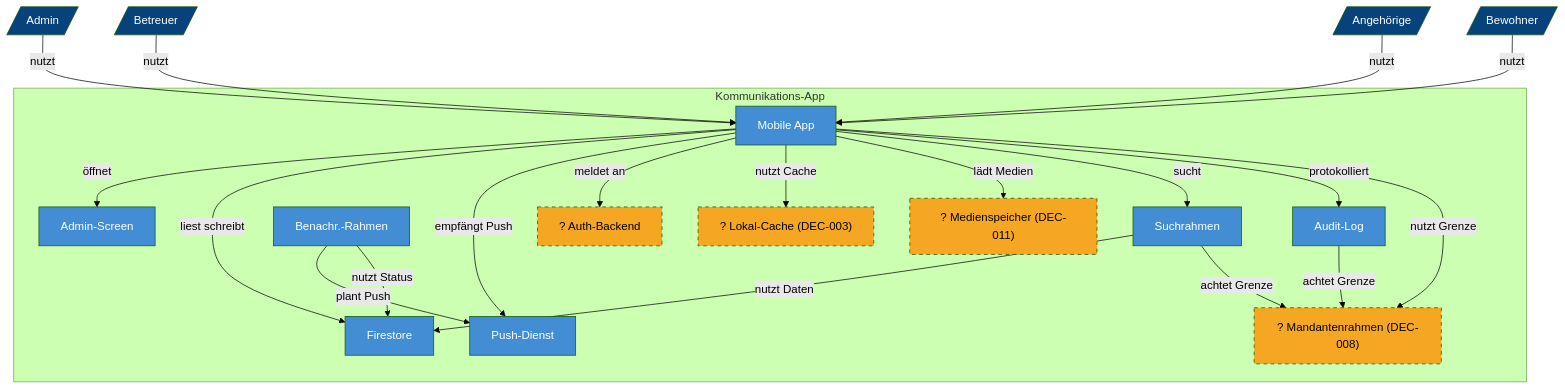
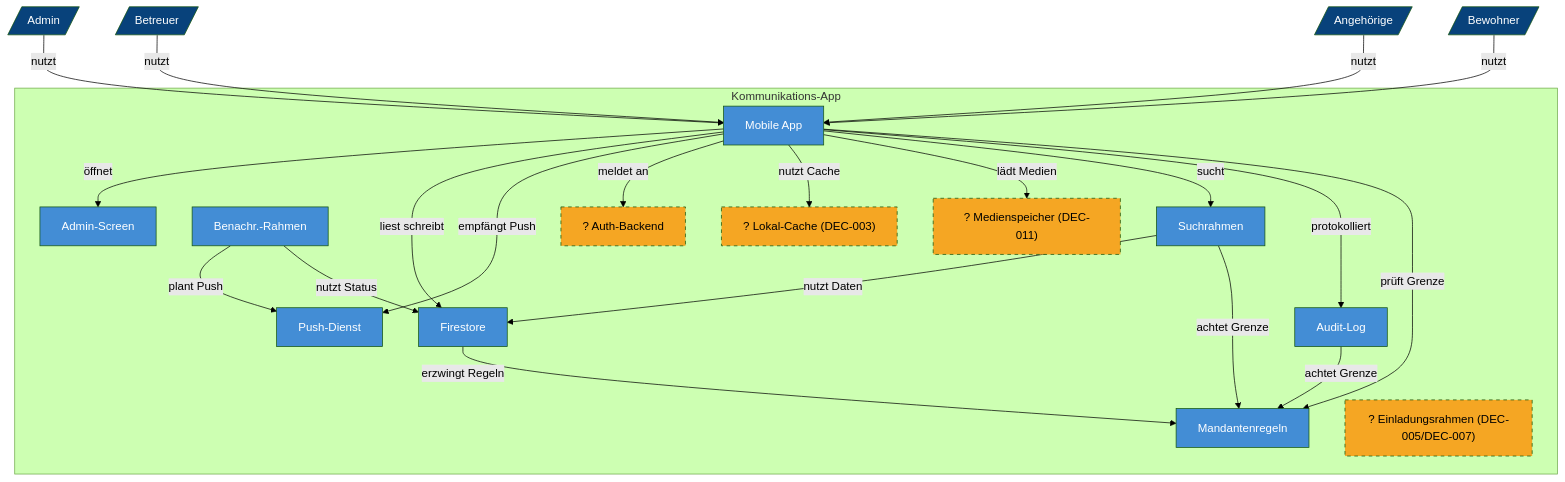
One commit to armiino/Agentic-GitHub-refactor changed the second of 2 diagrams in docs/c4.md. Above: the diagram before and after it, drawn with Mermaid (forest theme). The commit also changed other lines of this file, not shown here.

Commit message:
docs: Projektion docs/c4.md (Plan github-forward-plan-20260822_161625)

````diff
--- a/docs/c4.md
+++ b/docs/c4.md
@@ -47,51 +47,53 @@
 ```mermaid
 flowchart TB
   admin[/"Admin"/]
   user[/"Betreuer"/]
   relative[/"Angehörige"/]
   resident[/"Bewohner"/]
 
   subgraph app["Kommunikations-App"]
     mobileApp["Mobile App"]
     adminScreen["Admin-Screen"]
     auditLog["Audit-Log"]
     serverNotification["Benachr.-Rahmen"]
     searchFrame["Suchrahmen"]
     firestore["Firestore"]
     pushService["Push-Dienst"]
+    tenantRules["Mandantenregeln"]
     q1["? Auth-Backend"]
     q3["? Medienspeicher (DEC-011)"]
     q4["? Lokal-Cache (DEC-003)"]
-    q5["? Mandantenrahmen (DEC-008)"]
+    q5["? Einladungsrahmen (DEC-005/DEC-007)"]
   end
 
   admin -->|nutzt| mobileApp
   user -->|nutzt| mobileApp
   relative -->|nutzt| mobileApp
   resident -->|nutzt| mobileApp
 
   mobileApp -->|öffnet| adminScreen
   mobileApp -->|liest schreibt| firestore
   mobileApp -->|empfängt Push| pushService
   mobileApp -->|meldet an| q1
   mobileApp -->|nutzt Cache| q4
   mobileApp -->|lädt Medien| q3
   mobileApp -->|sucht| searchFrame
   mobileApp -->|protokolliert| auditLog
-  mobileApp -->|nutzt Grenze| q5
+  mobileApp -->|prüft Grenze| tenantRules
 
   searchFrame -->|nutzt Daten| firestore
-  searchFrame -->|achtet Grenze| q5
+  searchFrame -->|achtet Grenze| tenantRules
+  auditLog -->|achtet Grenze| tenantRules
   serverNotification -->|plant Push| pushService
   serverNotification -->|nutzt Status| firestore
-  auditLog -->|achtet Grenze| q5
+  firestore -->|erzwingt Regeln| tenantRules
 
   classDef person fill:#08427b,color:#fff
   classDef container fill:#438dd5,color:#fff
   classDef ext fill:#999,color:#fff
   classDef gap fill:#f5a623,color:#000,stroke-dasharray: 5 5
 
   class admin,user,relative,resident person
-  class mobileApp,adminScreen,auditLog,serverNotification,searchFrame,firestore,pushService container
+  class mobileApp,adminScreen,auditLog,serverNotification,searchFrame,firestore,pushService,tenantRules container
   class q1,q3,q4,q5 gap
 ```
````
